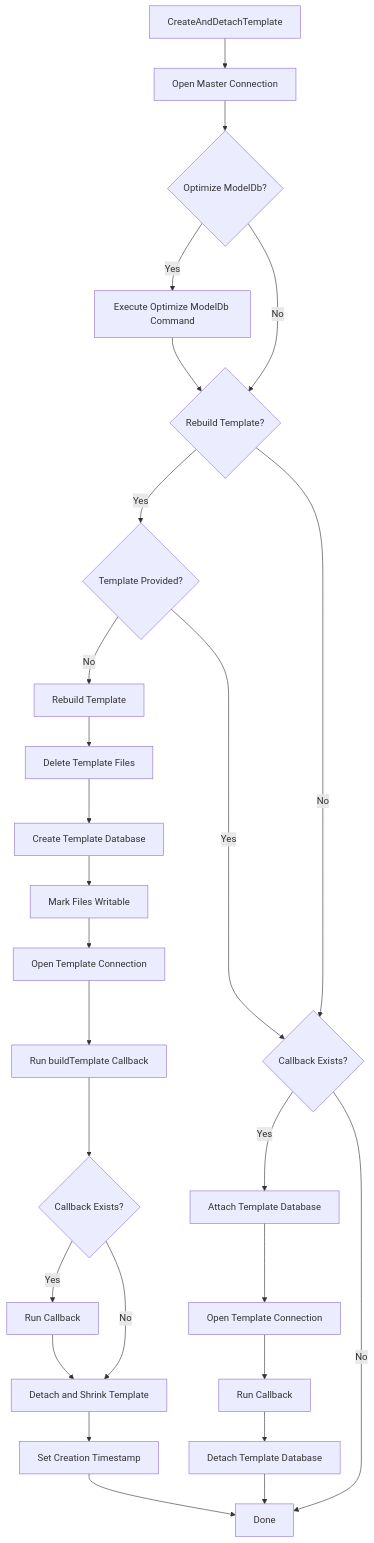
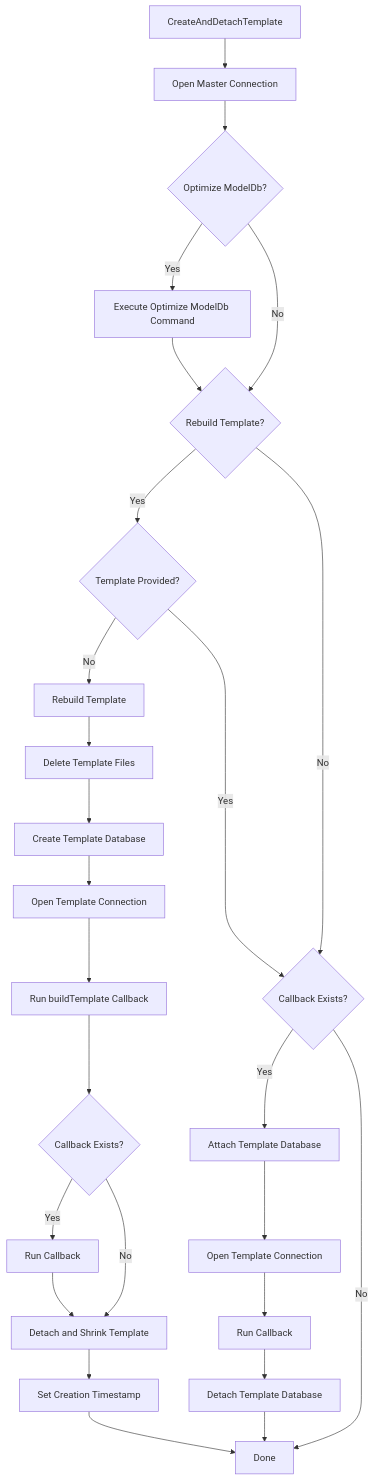
The second of 4 diagrams in docs/mdsource/workflow.md (SimonCropp/LocalDb), drawn with Mermaid before and after one commit. The commit also changed other lines of this file, not shown here.

````diff
--- a/docs/mdsource/workflow.md
+++ b/docs/mdsource/workflow.md
@@ -36,35 +36,34 @@
 ```mermaid
 flowchart TD
     entry[CreateAndDetachTemplate] --> openMaster[Open Master Connection]
     openMaster --> checkOptimize{Optimize ModelDb?}
 
     checkOptimize -->|Yes| executeOptimize[Execute Optimize ModelDb Command]
     executeOptimize --> checkRebuild{Rebuild Template?}
     checkOptimize -->|No| checkRebuild
 
     checkRebuild -->|Yes| checkProvided{Template Provided?}
     checkProvided -->|No| rebuildTemplate[Rebuild Template]
     checkProvided -->|Yes| checkCallback{Callback Exists?}
 
     checkRebuild -->|No| checkCallback
 
     rebuildTemplate --> deleteFiles[Delete Template Files]
     deleteFiles --> createTemplateDb[Create Template Database]
-    createTemplateDb --> markWritable[Mark Files Writable]
-    markWritable --> openTemplateConn[Open Template Connection]
+    createTemplateDb --> openTemplateConn[Open Template Connection]
     openTemplateConn --> runBuildTemplate[Run buildTemplate Callback]
     runBuildTemplate --> checkCallbackAfterBuild{Callback Exists?}
     checkCallbackAfterBuild -->|Yes| runCallbackAfterBuild[Run Callback]
     checkCallbackAfterBuild -->|No| detachShrink[Detach and Shrink Template]
     runCallbackAfterBuild --> detachShrink
     detachShrink --> setTimestamp[Set Creation Timestamp]
 
     checkCallback -->|Yes| attachTemplate[Attach Template Database]
     attachTemplate --> openForCallback[Open Template Connection]
     openForCallback --> runCallback[Run Callback]
     runCallback --> detachTemplate[Detach Template Database]
 
     checkCallback -->|No| done[Done]
     detachTemplate --> done
     setTimestamp --> done
 ```
````
